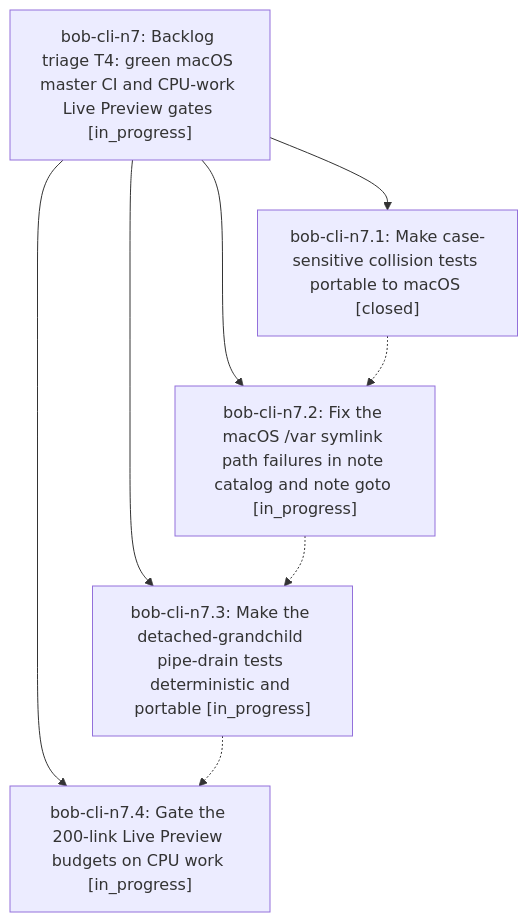
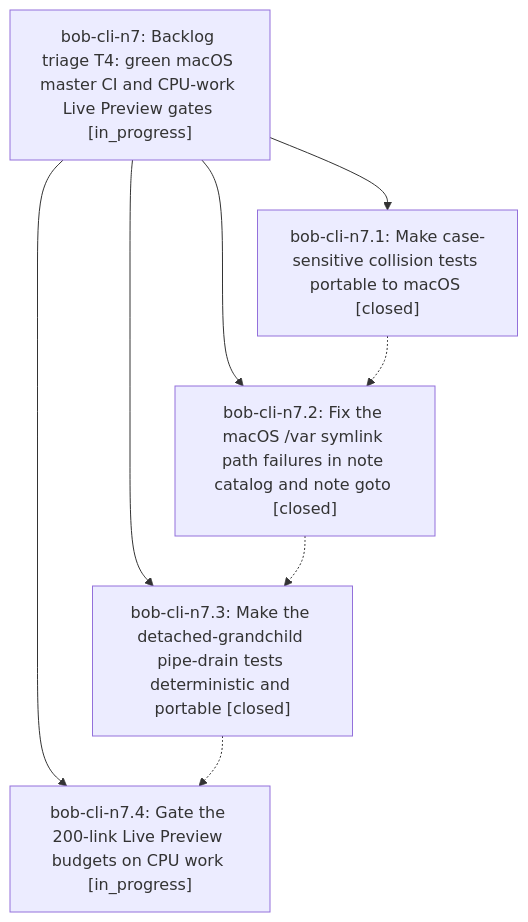
The diagram in pages/bob-cli-n7/README.md (bobs-org/bob-cli--beads), drawn with Mermaid before and after one commit. The commit also changed other lines of this file and 4 other files, not shown here.

First line of the commit message:
chore(beads): sync bead state and pages for bob-cli-n7

````diff
--- a/pages/bob-cli-n7/README.md
+++ b/pages/bob-cli-n7/README.md
@@ -37,15 +37,15 @@
 ```mermaid
 flowchart TD
     n0["bob-cli-n7: Backlog triage T4: green macOS master CI and CPU-work Live Preview gates [in_progress]"]
     n1["bob-cli-n7.1: Make case-sensitive collision tests portable to macOS [closed]"]
-    n2["bob-cli-n7.2: Fix the macOS /var symlink path failures in note catalog and note goto [in_progress]"]
-    n3["bob-cli-n7.3: Make the detached-grandchild pipe-drain tests deterministic and portable [in_progress]"]
+    n2["bob-cli-n7.2: Fix the macOS /var symlink path failures in note catalog and note goto [closed]"]
+    n3["bob-cli-n7.3: Make the detached-grandchild pipe-drain tests deterministic and portable [closed]"]
     n4["bob-cli-n7.4: Gate the 200-link Live Preview budgets on CPU work [in_progress]"]
     n0 --> n1
     n0 --> n2
     n0 --> n3
     n0 --> n4
     n1 -.-> n2
     n2 -.-> n3
     n3 -.-> n4
 ```
````
